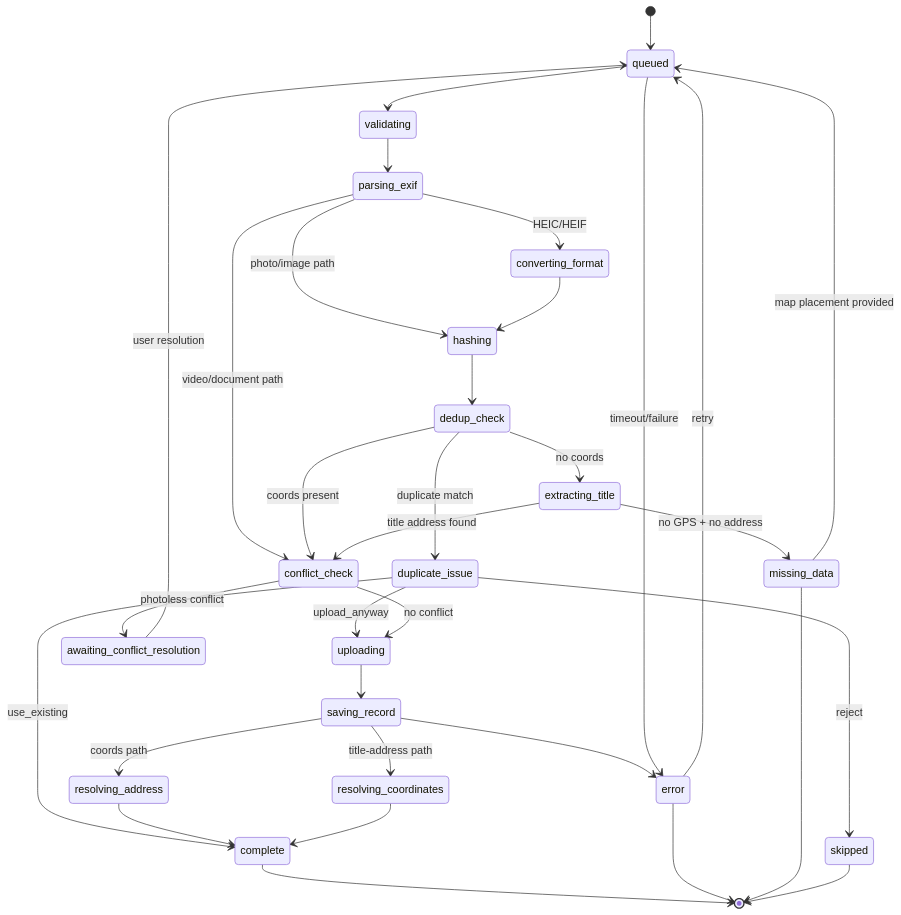
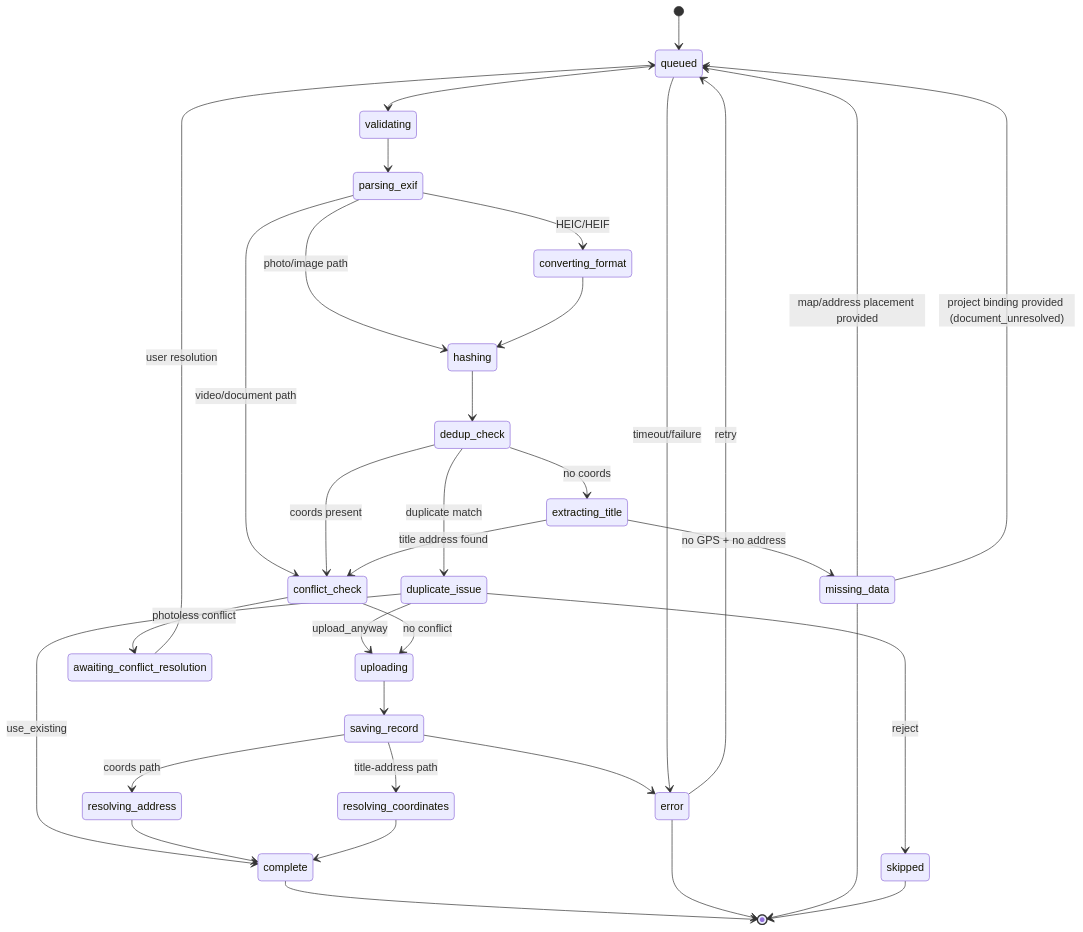
One commit to matkleve/feldpost changed the sixth of 8 diagrams in docs/element-specs/upload-panel.md. Above: the diagram before and after it, drawn with Mermaid. The commit also changed other lines of this file and 12 other files, not shown here.

````diff
--- a/docs/element-specs/upload-panel.md
+++ b/docs/element-specs/upload-panel.md
@@ -369,35 +390,36 @@
 ```mermaid
 stateDiagram-v2
   [*] --> queued
   queued --> validating
   validating --> parsing_exif
   parsing_exif --> converting_format: HEIC/HEIF
   parsing_exif --> hashing: photo/image path
   parsing_exif --> conflict_check: video/document path
   converting_format --> hashing
   hashing --> dedup_check
   dedup_check --> duplicate_issue: duplicate match
   duplicate_issue --> complete: use_existing
   duplicate_issue --> uploading: upload_anyway
   duplicate_issue --> skipped: reject
   dedup_check --> extracting_title: no coords
   dedup_check --> conflict_check: coords present
   extracting_title --> conflict_check: title address found
   extracting_title --> missing_data: no GPS + no address
   conflict_check --> awaiting_conflict_resolution: photoless conflict
   awaiting_conflict_resolution --> queued: user resolution
   conflict_check --> uploading: no conflict
   uploading --> saving_record
   saving_record --> resolving_address: coords path
   saving_record --> resolving_coordinates: title-address path
   saving_record --> error
   resolving_address --> complete
   resolving_coordinates --> complete
-  missing_data --> queued: map placement provided
+  missing_data --> queued: map/address placement provided
+  missing_data --> queued: project binding provided (document_unresolved)
   queued --> error: timeout/failure
   error --> queued: retry
   complete --> [*]
   error --> [*]
   missing_data --> [*]
   skipped --> [*]
 ```
````
